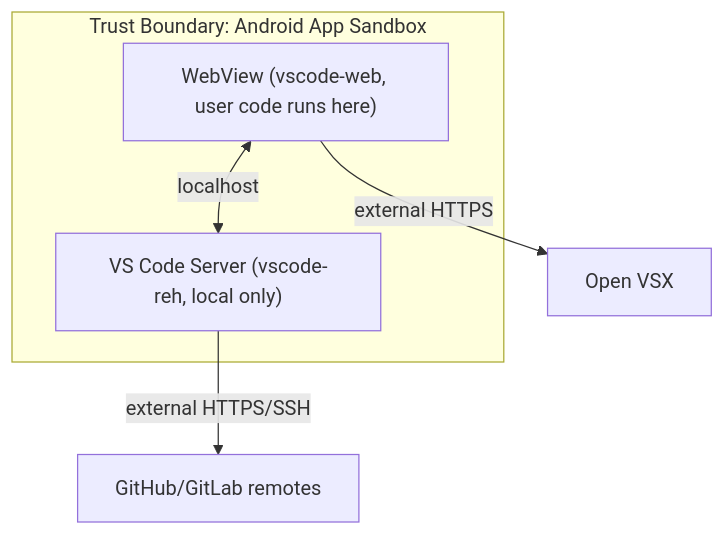
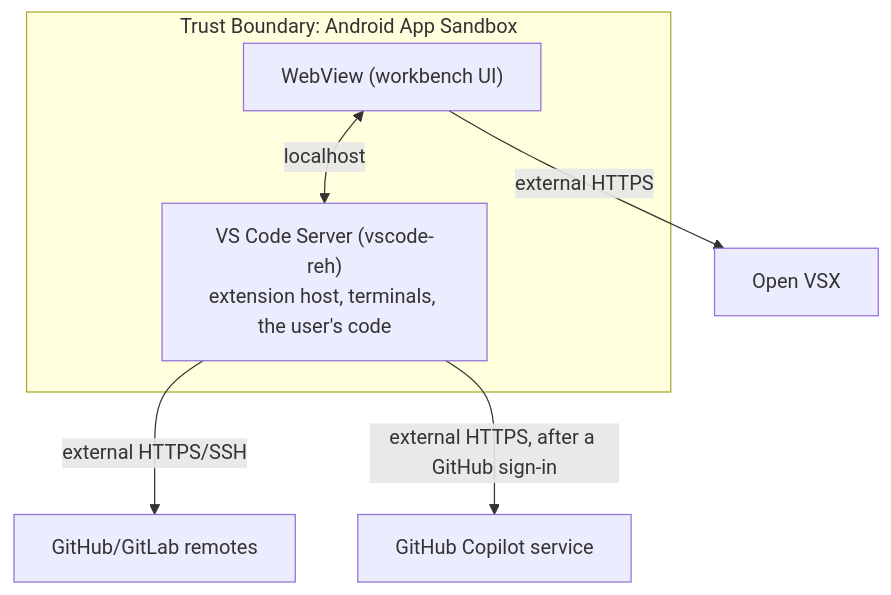
Before and after one commit to cuixinyuan666/vscodroid: the diagram in docs/06-SECURITY.md, drawn with Mermaid. The commit also changed other lines of this file and 208 other files, not shown here.

````diff
--- a/docs/06-SECURITY.md
+++ b/docs/06-SECURITY.md
@@ -24,8 +24,9 @@
 ```mermaid
 flowchart TD
   subgraph SANDBOX["Trust Boundary: Android App Sandbox"]
-    W["WebView (vscode-web, user code runs here)"] <--> |"localhost"| N["VS Code Server (vscode-reh, local only)"]
+    W["WebView (workbench UI)"] <--> |"localhost"| N["VS Code Server (vscode-reh)<br/>extension host, terminals, the user's code"]
   end
   W --> |"external HTTPS"| O["Open VSX"]
   N --> |"external HTTPS/SSH"| G["GitHub/GitLab remotes"]
+  N --> |"external HTTPS, after a GitHub sign-in"| C["GitHub Copilot service"]
 ```
````
